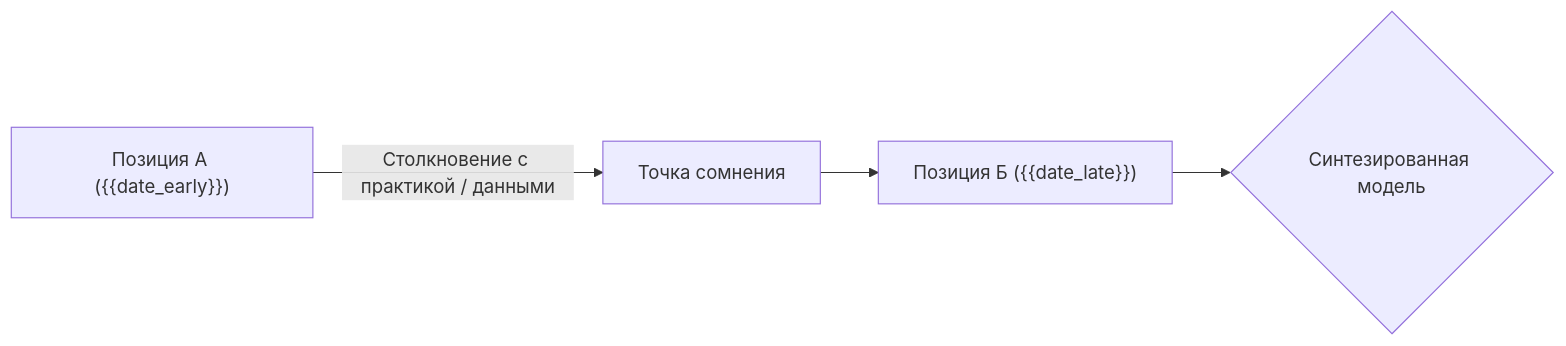
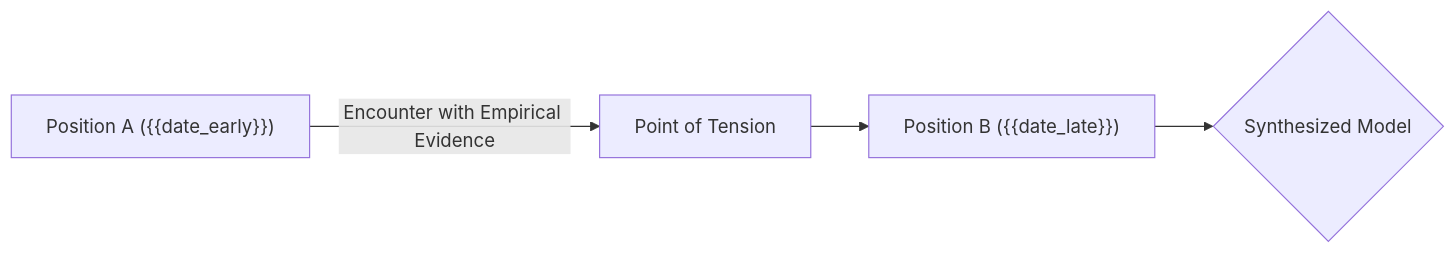
One commit to vnkdevelop/knowledge-brain changed the diagram in templates/conflict-arbitration.md. Above: the diagram before and after it, drawn with Mermaid. The commit also changed other lines of this file and 9 other files, not shown here.

````diff
--- a/templates/conflict-arbitration.md
+++ b/templates/conflict-arbitration.md
@@ -41,6 +41,6 @@
 ```mermaid
 graph LR
-    A["Позиция А ({{date_early}})"] -->|Столкновение с практикой / данными| B["Точка сомнения"]
-    B --> C["Позиция Б ({{date_late}})"]
-    C --> D{"Синтезированная модель"}
+    A["Position A ({{date_early}})"] -->|Encounter with Empirical Evidence| B["Point of Tension"]
+    B --> C["Position B ({{date_late}})"]
+    C --> D{"Synthesized Model"}
 ```
````
